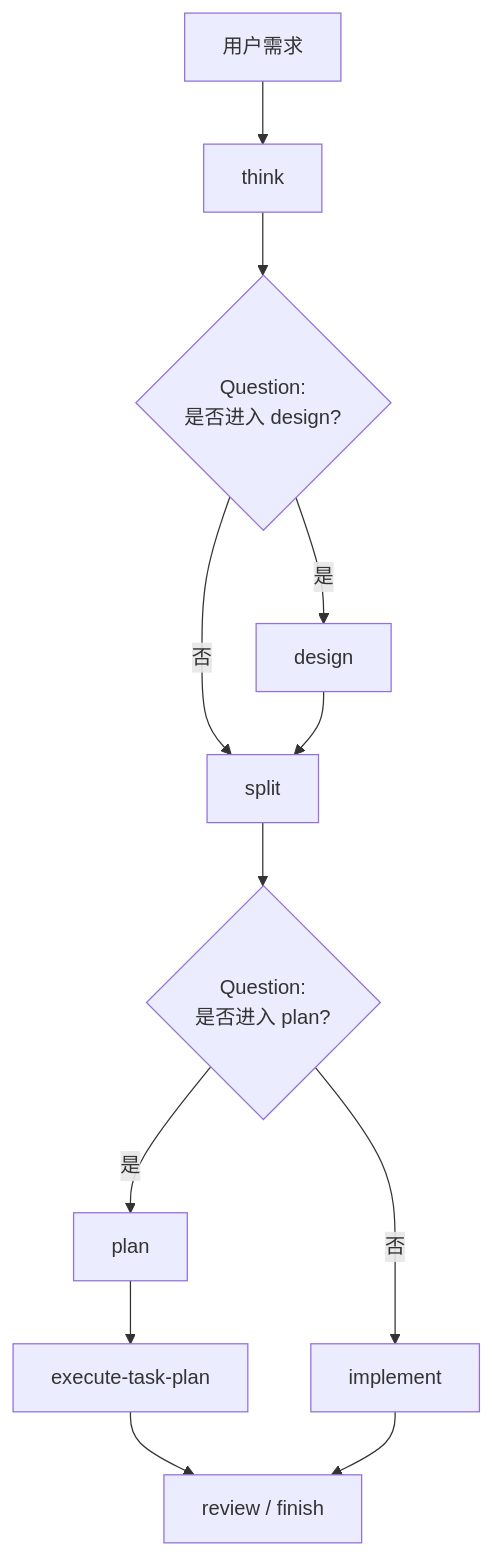
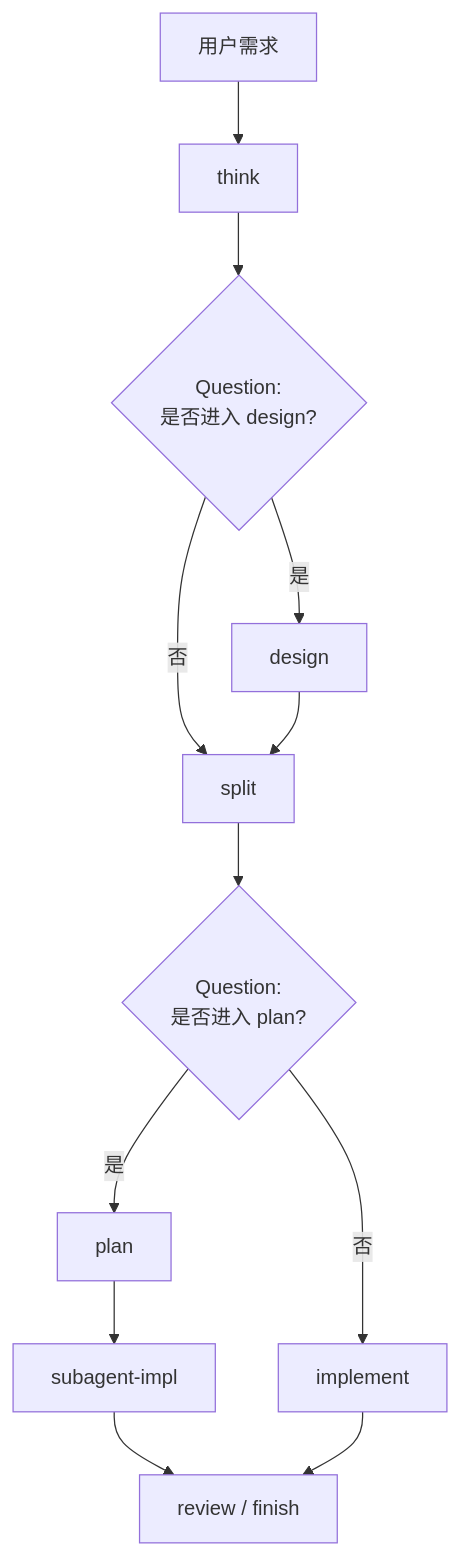
One commit to BaiduComate/mission-flow changed the diagram in skills/using-mission-flow/SKILL.md. Above: the diagram before and after it, drawn with Mermaid. The commit also changed 5 other files, not shown here.

Commit message:
ref: subagent-impl

````diff
--- a/skills/using-mission-flow/SKILL.md
+++ b/skills/using-mission-flow/SKILL.md
@@ -45,14 +45,14 @@
 ```mermaid
 flowchart TD
     A[用户需求] --> T[think]
     T --> QD{Question:<br/>是否进入 design?}
     QD -->|是| D[design]
     QD -->|否| S[split]
     D --> S
     S --> QP{Question:<br/>是否进入 plan?}
     QP -->|是| P[plan]
     QP -->|否| I[implement]
-    P --> E[execute-task-plan]
+    P --> E[subagent-impl]
     E --> R[review / finish]
     I --> R
 ```
````
